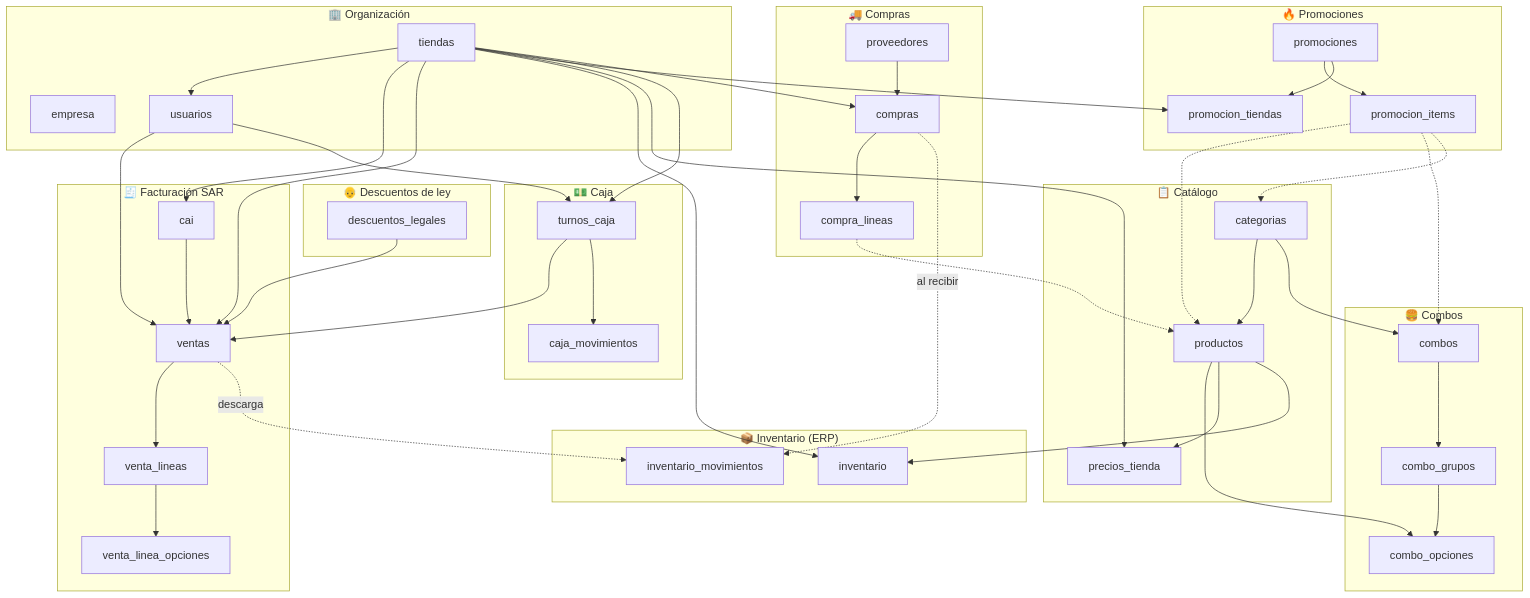
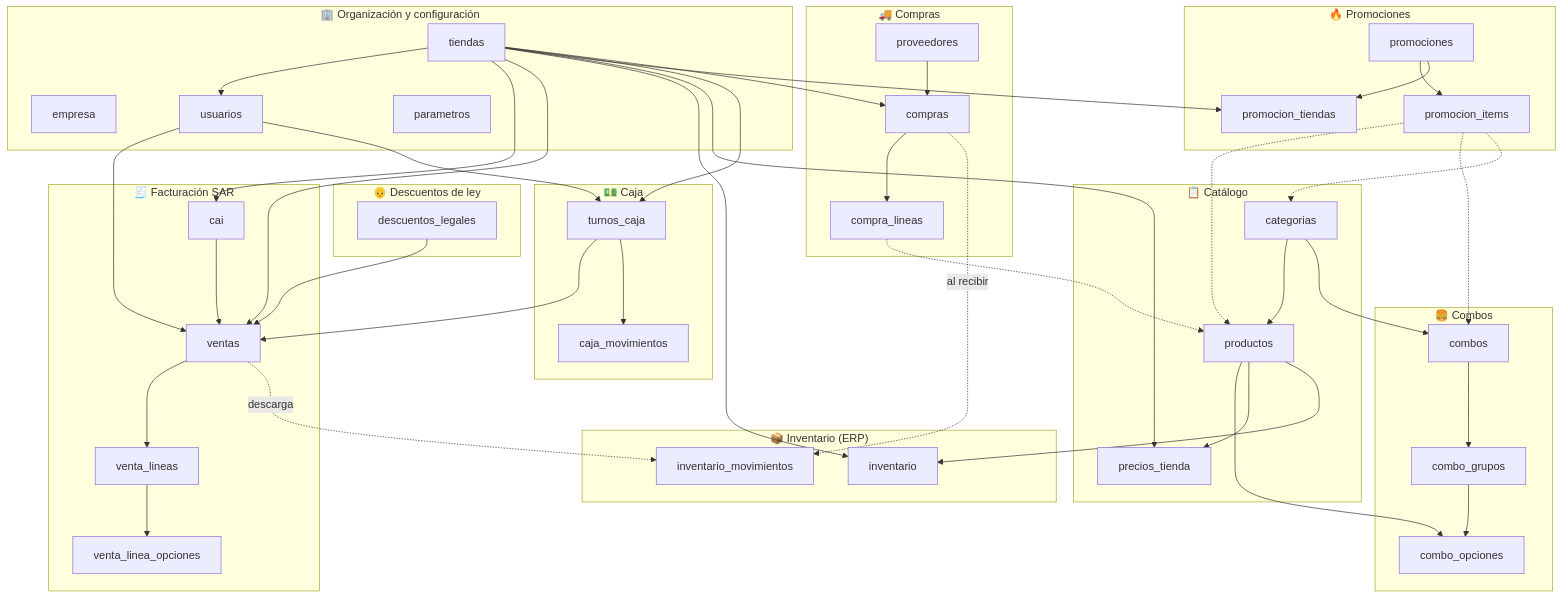
Before and after one commit to elbayoy1986/Power: the second of 9 diagrams in docs/ARQUITECTURA.md, drawn with Mermaid. The commit also changed other lines of this file and 70 other files, not shown here.

````diff
--- a/docs/ARQUITECTURA.md
+++ b/docs/ARQUITECTURA.md
@@ -96,45 +99,45 @@
 ```mermaid
 flowchart TB
-    subgraph ORG["🏢 Organización"]
-        empresa; tiendas; usuarios
+    subgraph ORG["🏢 Organización y configuración"]
+        empresa; tiendas; usuarios; parametros
     end
     subgraph CAT["📋 Catálogo"]
         categorias; productos; precios_tienda
     end
     subgraph CMB["🍔 Combos"]
         combos; combo_grupos; combo_opciones
     end
     subgraph PRM["🔥 Promociones"]
         promociones; promocion_items; promocion_tiendas
     end
     subgraph LEY["👴 Descuentos de ley"]
         descuentos_legales
     end
     subgraph CAJ["💵 Caja"]
         turnos_caja; caja_movimientos
     end
     subgraph FAC["🧾 Facturación SAR"]
         cai; ventas; venta_lineas; venta_linea_opciones
     end
     subgraph COM["🚚 Compras"]
         proveedores; compras; compra_lineas
     end
     subgraph INV["📦 Inventario (ERP)"]
         inventario; inventario_movimientos
     end
 
     tiendas --> usuarios & cai & ventas & inventario & precios_tienda & promocion_tiendas & turnos_caja & compras
     categorias --> productos & combos
     productos --> combo_opciones & precios_tienda & inventario
     combos --> combo_grupos --> combo_opciones
     promociones --> promocion_items & promocion_tiendas
     promocion_items -.-> productos & combos & categorias
     cai --> ventas --> venta_lineas --> venta_linea_opciones
     descuentos_legales --> ventas
     usuarios --> ventas & turnos_caja
     turnos_caja --> ventas & caja_movimientos
     proveedores --> compras --> compra_lineas
     compra_lineas -.-> productos
     compras -. al recibir .-> inventario_movimientos
     ventas -. descarga .-> inventario_movimientos
 ```
````
